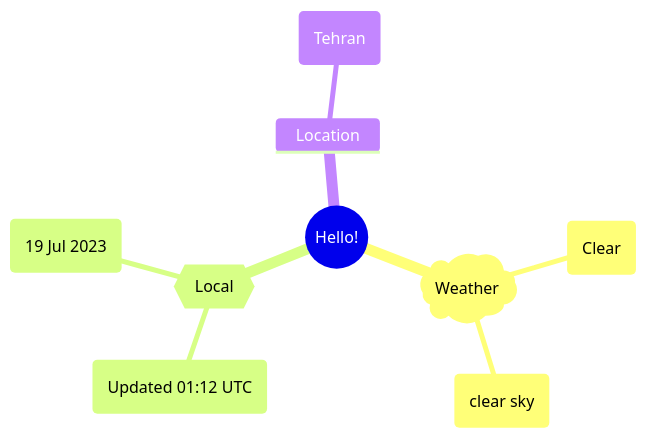
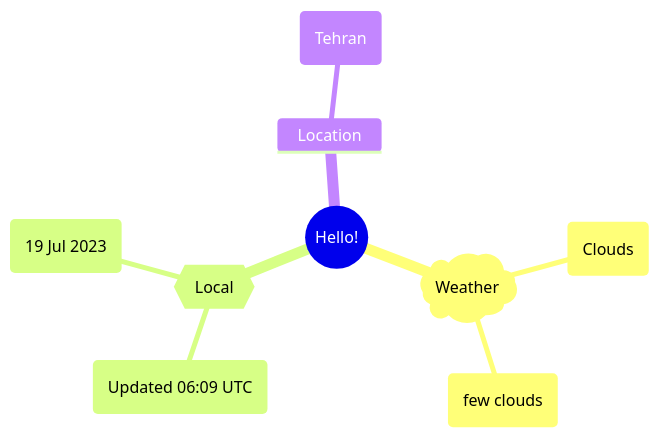
One commit to Xosrov/Xosrov changed the first of 2 diagrams in README.md. Above: the diagram before and after it, drawn with Mermaid.

Commit message:
[bot] updated images

````diff
--- a/README.md
+++ b/README.md
@@ -3,12 +3,12 @@
 ```mermaid
 mindmap
   root((Hello!))
     )Weather(
-        (Clear)
-        (clear sky)
+        (Clouds)
+        (few clouds)
     {{Local}}
-        (Updated 01:12 UTC)
+        (Updated 06:09 UTC)
         (19 Jul 2023)
     Location
         (Tehran)
 ```
````
